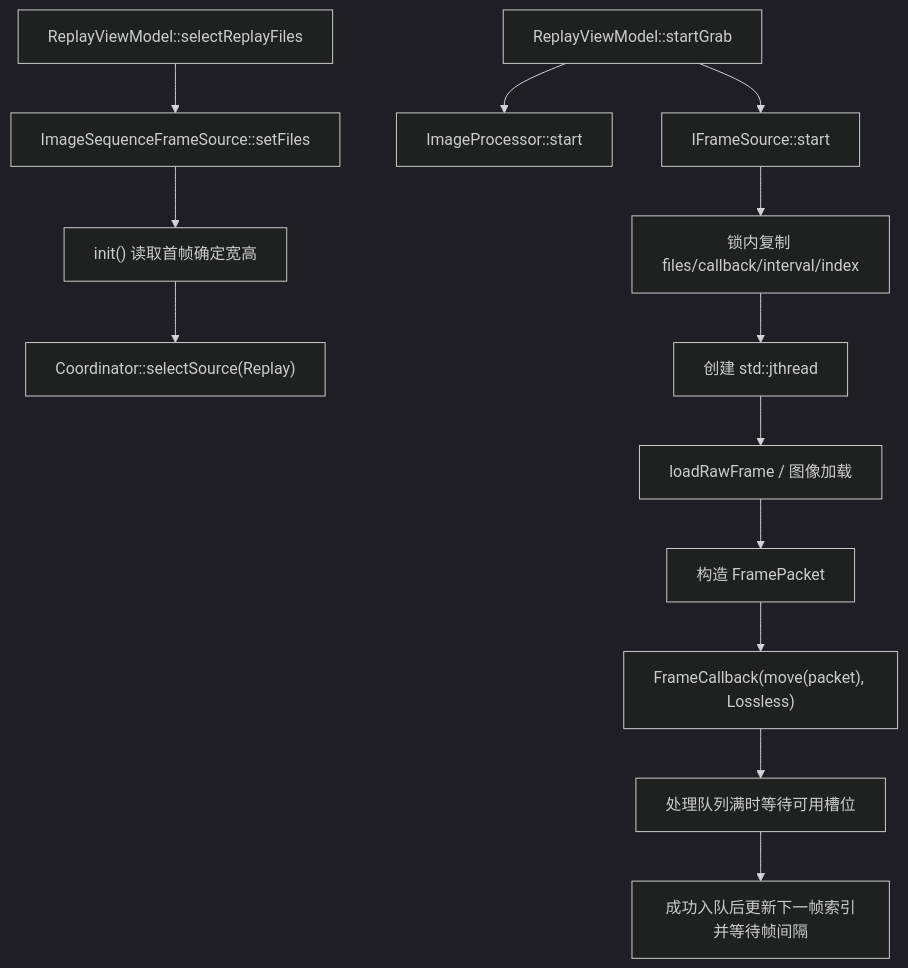
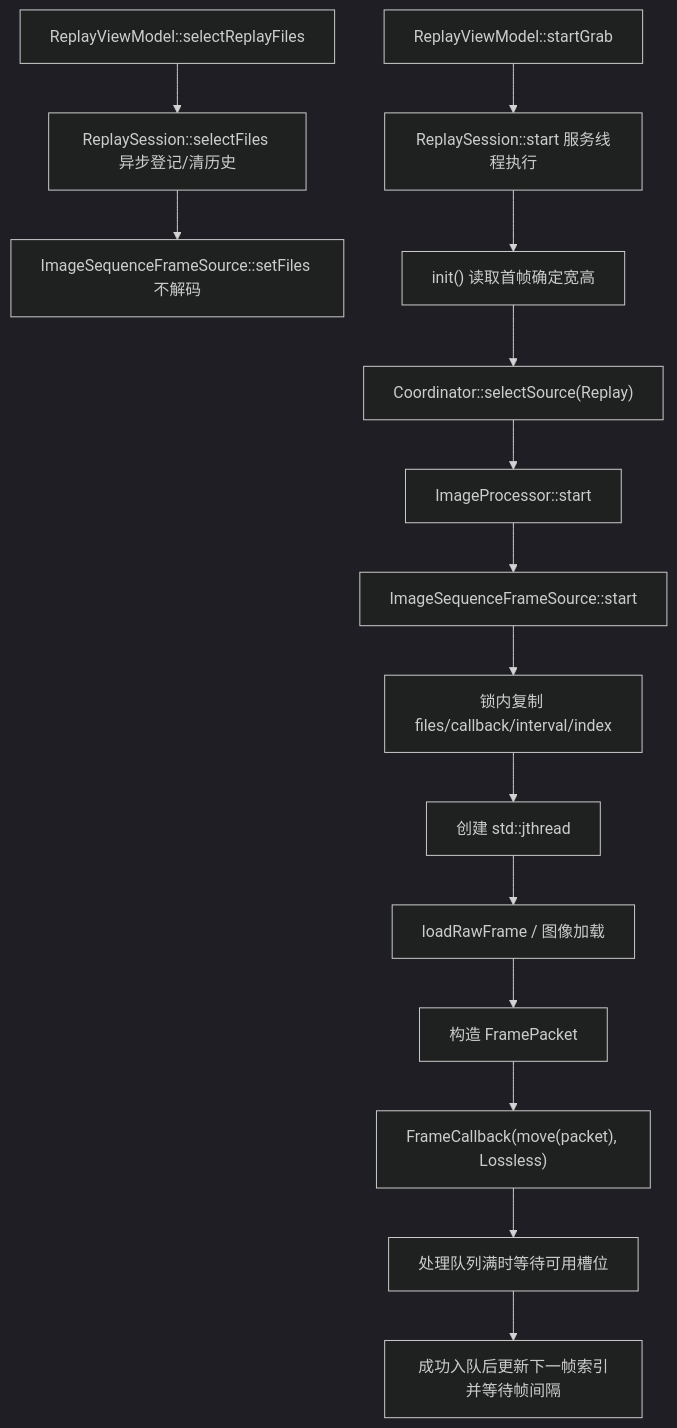
Before and after one commit to with-fair-wind/1mZGG: the fourth of 6 diagrams in docs/module-acquisition.md, drawn with Mermaid (dark theme). The commit also changed other lines of this file and 116 other files, not shown here.

````diff
--- a/docs/module-acquisition.md
+++ b/docs/module-acquisition.md
@@ -209,15 +210,17 @@
 ```mermaid
 flowchart TD
-    PICK["ReplayViewModel::selectReplayFiles"] --> FILES["ImageSequenceFrameSource::setFiles"]
-    FILES --> INIT["init() 读取首帧确定宽高"]
+    PICK["ReplayViewModel::selectReplayFiles"] --> REG["ReplaySession::selectFiles 异步登记/清历史"]
+    REG --> FILES["ImageSequenceFrameSource::setFiles 不解码"]
+    START["ReplayViewModel::startGrab"] --> SESSION["ReplaySession::start 服务线程执行"]
+    SESSION --> INIT["init() 读取首帧确定宽高"]
     INIT --> SELECT["Coordinator::selectSource(Replay)"]
-    START["ReplayViewModel::startGrab"] --> PST["ImageProcessor::start"]
-    START --> SST["IFrameSource::start"]
+    SELECT --> PST["ImageProcessor::start"]
+    PST --> SST["ImageSequenceFrameSource::start"]
     SST --> COPY["锁内复制 files/callback/interval/index"]
     COPY --> THREAD["创建 std::jthread"]
     THREAD --> LOAD["loadRawFrame / 图像加载"]
     LOAD --> PACKET["构造 FramePacket"]
     PACKET --> CALLBACK["FrameCallback(move(packet), Lossless)"]
     CALLBACK --> WAIT["处理队列满时等待可用槽位"]
     WAIT --> NEXT["成功入队后更新下一帧索引并等待帧间隔"]
 ```
````
